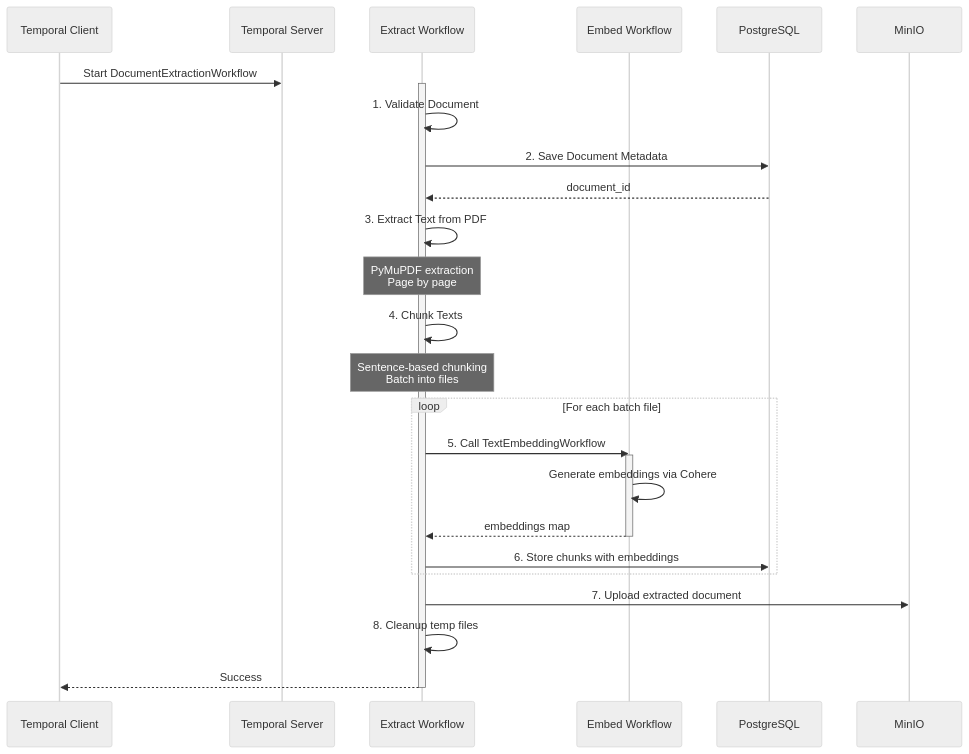
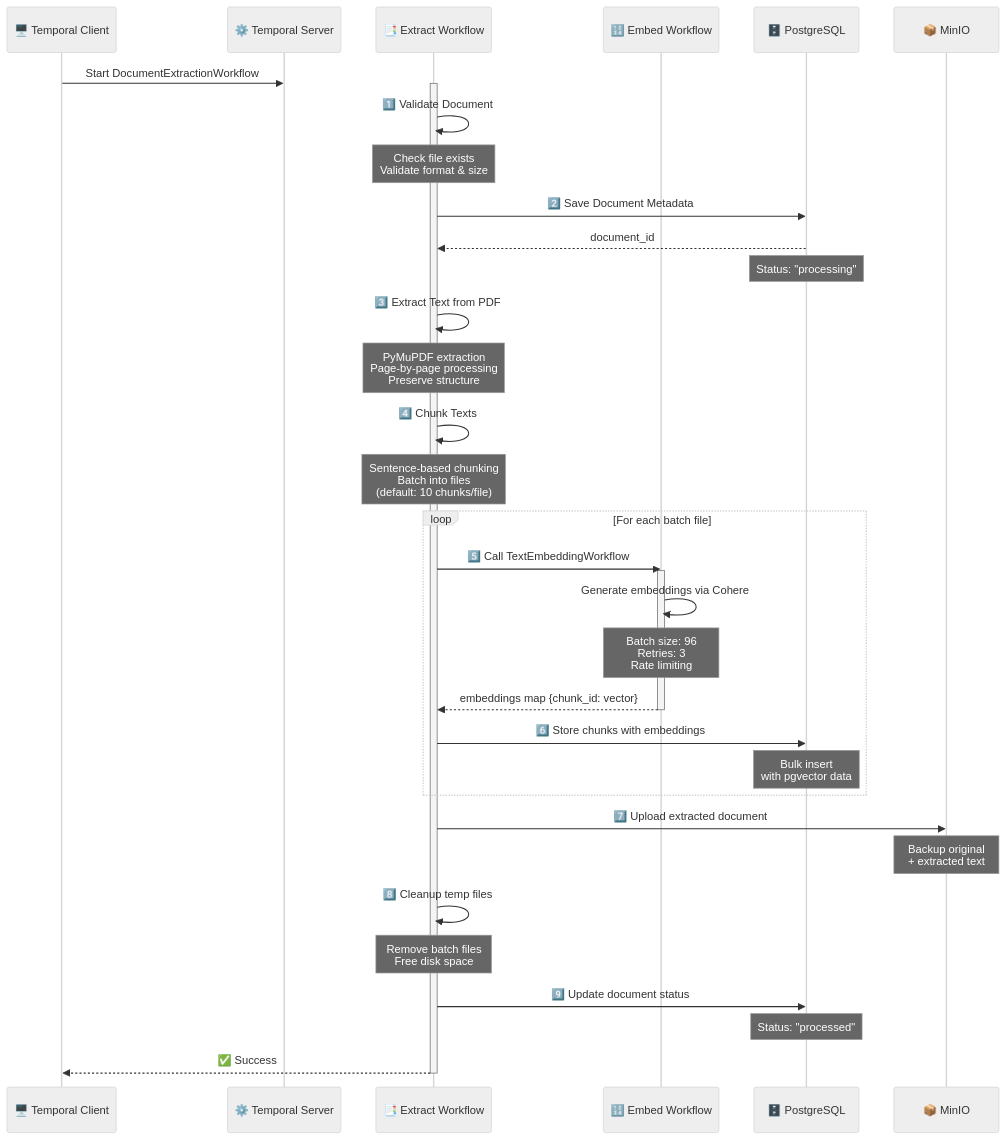
One commit to winnin/gdai changed the third of 4 diagrams in README.md. Above: the diagram before and after it, drawn with Mermaid (neutral theme). The commit also changed other lines of this file, not shown here.

First line of the commit message:
docs: comprehensive README overhaul with improved structure and content

````diff
--- a/README.md
+++ b/README.md
@@ -213,38 +320,49 @@
 ```mermaid
 sequenceDiagram
-    participant Client as Temporal Client
-    participant Temporal as Temporal Server
-    participant ExtractWF as Extract Workflow
-    participant EmbedWF as Embed Workflow
-    participant DB as PostgreSQL
-    participant S3 as MinIO
+    participant Client as 🖥️ Temporal Client
+    participant Temporal as ⚙️ Temporal Server
+    participant ExtractWF as 📑 Extract Workflow
+    participant EmbedWF as 🔢 Embed Workflow
+    participant DB as 🗄️ PostgreSQL
+    participant S3 as 📦 MinIO
 
     Client->>Temporal: Start DocumentExtractionWorkflow
     activate ExtractWF
 
-    ExtractWF->>ExtractWF: 1. Validate Document
-    ExtractWF->>DB: 2. Save Document Metadata
+    ExtractWF->>ExtractWF: 1️⃣ Validate Document
+    Note over ExtractWF: Check file exists<br/>Validate format & size
+
+    ExtractWF->>DB: 2️⃣ Save Document Metadata
     DB-->>ExtractWF: document_id
+    Note over DB: Status: "processing"
 
-    ExtractWF->>ExtractWF: 3. Extract Text from PDF
-    Note over ExtractWF: PyMuPDF extraction<br/>Page by page
+    ExtractWF->>ExtractWF: 3️⃣ Extract Text from PDF
+    Note over ExtractWF: PyMuPDF extraction<br/>Page-by-page processing<br/>Preserve structure
 
-    ExtractWF->>ExtractWF: 4. Chunk Texts
-    Note over ExtractWF: Sentence-based chunking<br/>Batch into files
+    ExtractWF->>ExtractWF: 4️⃣ Chunk Texts
+    Note over ExtractWF: Sentence-based chunking<br/>Batch into files<br/>(default: 10 chunks/file)
 
     loop For each batch file
-        ExtractWF->>EmbedWF: 5. Call TextEmbeddingWorkflow
+        ExtractWF->>EmbedWF: 5️⃣ Call TextEmbeddingWorkflow
         activate EmbedWF
         EmbedWF->>EmbedWF: Generate embeddings via Cohere
-        EmbedWF-->>ExtractWF: embeddings map
+        Note over EmbedWF: Batch size: 96<br/>Retries: 3<br/>Rate limiting
+        EmbedWF-->>ExtractWF: embeddings map {chunk_id: vector}
         deactivate EmbedWF
 
-        ExtractWF->>DB: 6. Store chunks with embeddings
+        ExtractWF->>DB: 6️⃣ Store chunks with embeddings
+        Note over DB: Bulk insert<br/>with pgvector data
     end
 
-    ExtractWF->>S3: 7. Upload extracted document
-    ExtractWF->>ExtractWF: 8. Cleanup temp files
+    ExtractWF->>S3: 7️⃣ Upload extracted document
+    Note over S3: Backup original<br/>+ extracted text
 
-    ExtractWF-->>Client: Success
+    ExtractWF->>ExtractWF: 8️⃣ Cleanup temp files
+    Note over ExtractWF: Remove batch files<br/>Free disk space
+
+    ExtractWF->>DB: 9️⃣ Update document status
+    Note over DB: Status: "processed"
+
+    ExtractWF-->>Client: ✅ Success
     deactivate ExtractWF
 ```
````
